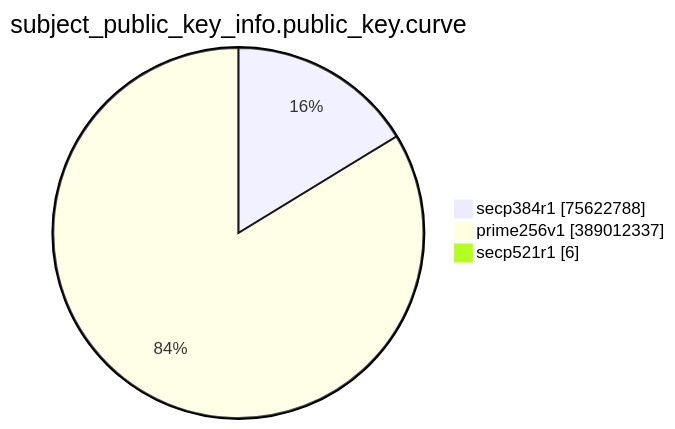
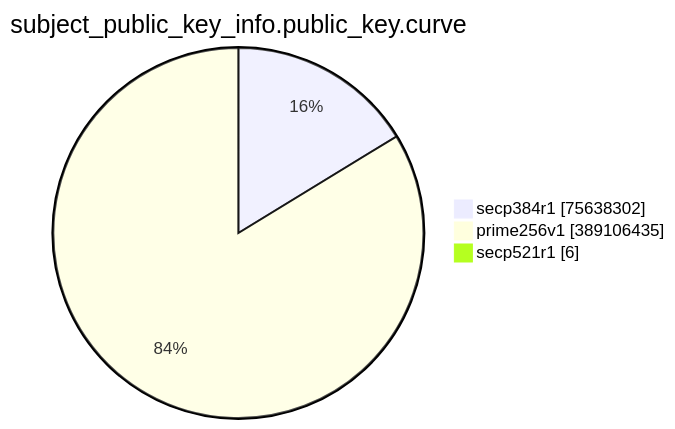
Before and after one commit to christiankrug/ctmonitor_visualization: the eighth of 15 diagrams in TOTAL/README.md, drawn with Mermaid. The commit also changed other lines of this file, not shown here.

````diff
--- a/TOTAL/README.md
+++ b/TOTAL/README.md
@@ -3094,7 +3094,7 @@
 ```mermaid
 pie showData
 title subject_public_key_info.public_key.curve
-"secp384r1" :75622788
-"prime256v1" :389012337
+"secp384r1" :75638302
+"prime256v1" :389106435
 "secp521r1" :6
 ```
````
